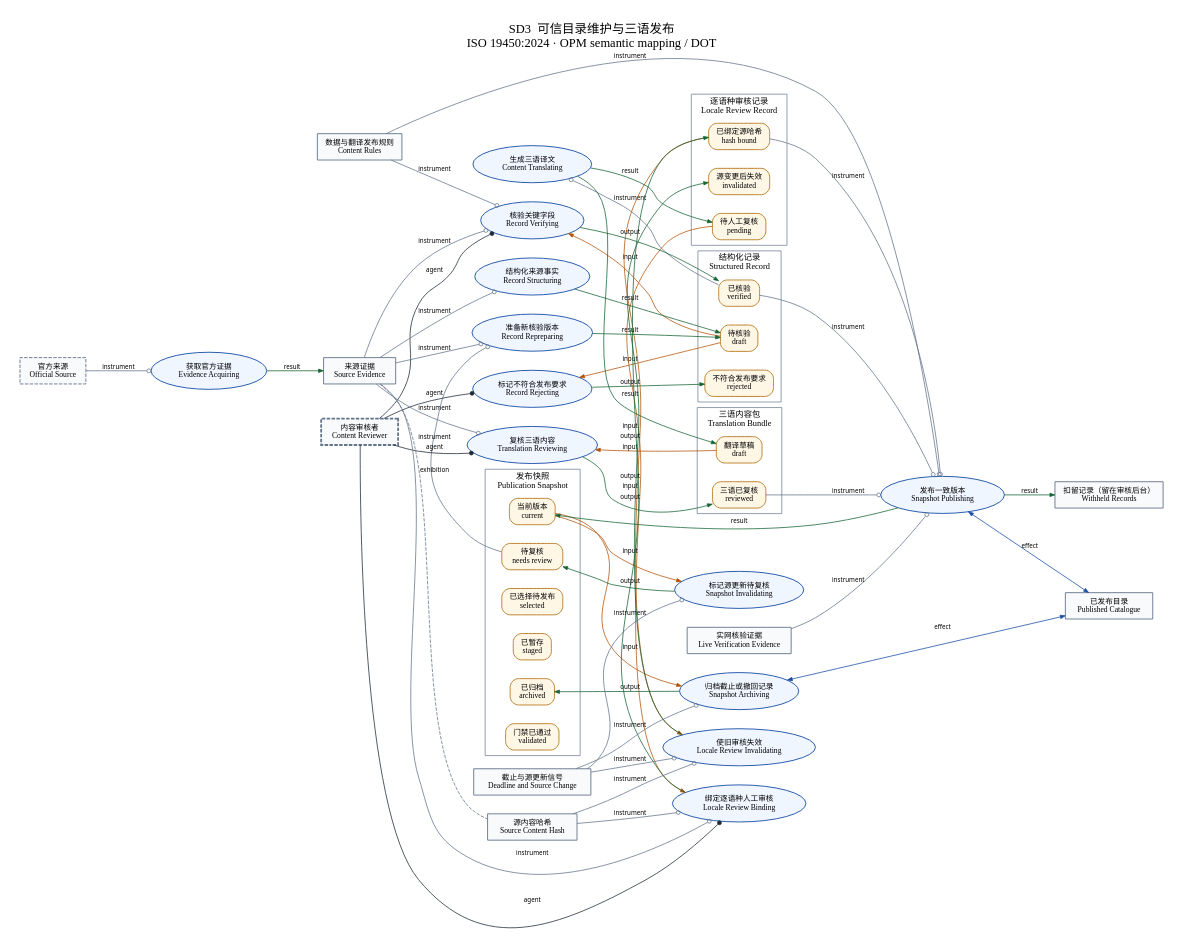
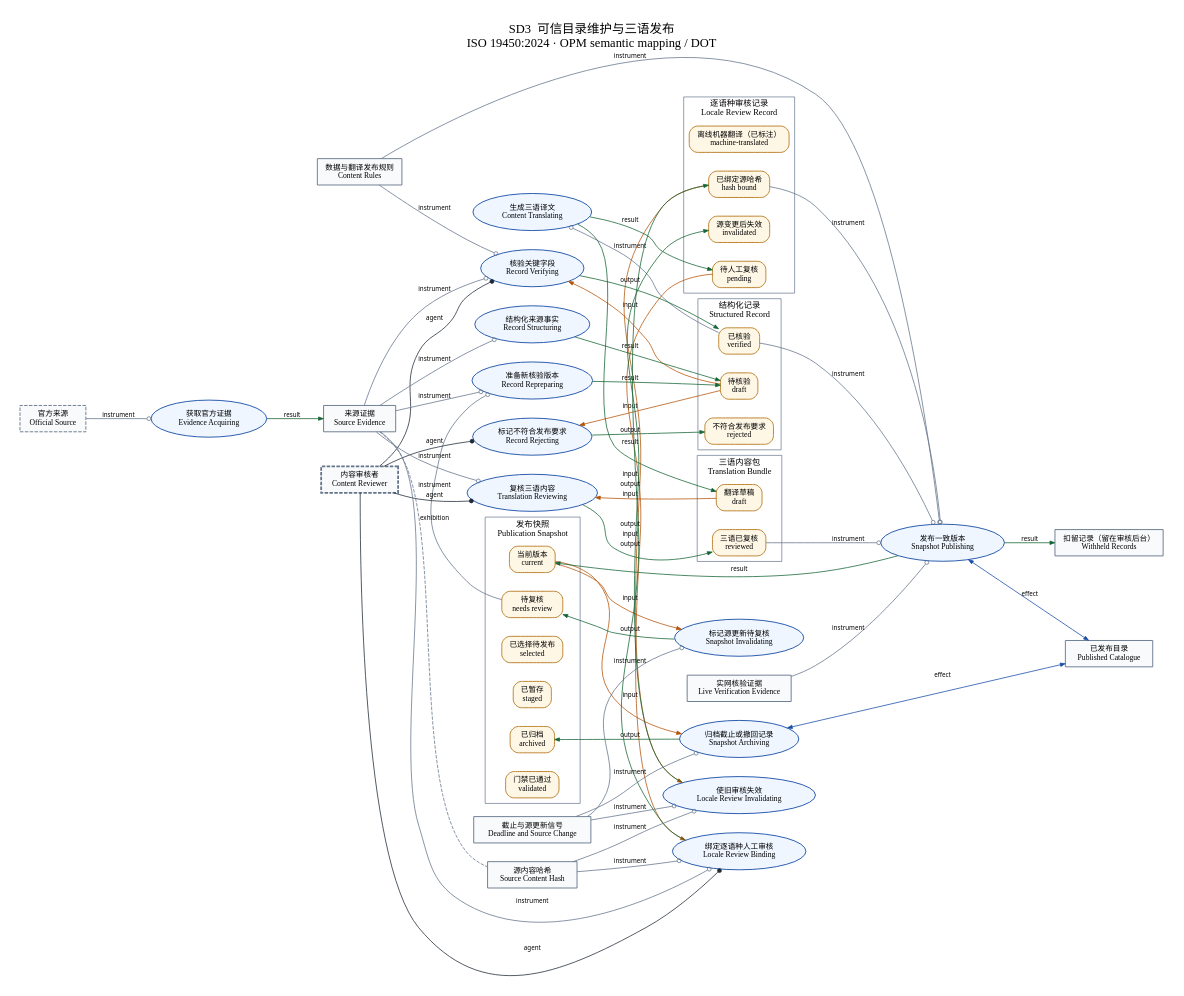
One commit to witold-andelie/Czech-Uni-Application changed the diagram in opm/SD3.dot. Above: the diagram before and after it, drawn with Graphviz. The commit also changed 28 other files, not shown here.

```diff
--- a/opm/SD3.dot
+++ b/opm/SD3.dot
@@ -1,100 +1,101 @@
 digraph SD3 {
 // Explicit OPM-to-DOT mapping; see README.md. Layout is not execution order.
   graph [rankdir="LR", compound="true", bgcolor="#FFFFFF", pad="0.3", nodesep="0.38", ranksep="0.65", splines="spline", fontname="Microsoft YaHei", fontsize="18", labelloc="t", label="SD3  可信目录维护与三语发布\nISO 19450:2024 · OPM semantic mapping / DOT"];
   node [fontname="Microsoft YaHei", fontsize="11", margin="0.14,0.10", penwidth="1.3"];
   edge [fontname="Segoe UI", fontsize="9", arrowsize="0.7", penwidth="1.1"];
   subgraph cluster_bundle {
     graph [label="三语内容包\nTranslation Bundle", color="#64748B", style="solid", fontsize="12", opm_kind="object", opm_id="bundle"];
     reviewed [label="三语已复核\nreviewed", shape="box", style="rounded,filled", fillcolor="#FFF7E6", color="#B7791F", opm_kind="state", opm_owner="bundle"];
     translated [label="翻译草稿\ndraft", shape="box", style="rounded,filled", fillcolor="#FFF7E6", color="#B7791F", opm_kind="state", opm_owner="bundle"];
   }
   subgraph cluster_facts {
     graph [label="结构化记录\nStructured Record", color="#64748B", style="solid", fontsize="12", opm_kind="object", opm_id="facts"];
     draft [label="待核验\ndraft", shape="box", style="rounded,filled", fillcolor="#FFF7E6", color="#B7791F", opm_kind="state", opm_owner="facts"];
     rejected [label="不符合发布要求\nrejected", shape="box", style="rounded,filled", fillcolor="#FFF7E6", color="#B7791F", opm_kind="state", opm_owner="facts"];
     verified [label="已核验\nverified", shape="box", style="rounded,filled", fillcolor="#FFF7E6", color="#B7791F", opm_kind="state", opm_owner="facts"];
   }
   subgraph cluster_localereview {
     graph [label="逐语种审核记录\nLocale Review Record", color="#64748B", style="solid", fontsize="12", opm_kind="object", opm_id="localereview"];
+    machinetranslated [label="离线机器翻译（已标注）\nmachine-translated", shape="box", style="rounded,filled", fillcolor="#FFF7E6", color="#B7791F", opm_kind="state", opm_owner="localereview"];
     reviewbound [label="已绑定源哈希\nhash bound", shape="box", style="rounded,filled", fillcolor="#FFF7E6", color="#B7791F", opm_kind="state", opm_owner="localereview"];
     reviewinvalid [label="源变更后失效\ninvalidated", shape="box", style="rounded,filled", fillcolor="#FFF7E6", color="#B7791F", opm_kind="state", opm_owner="localereview"];
     reviewpending [label="待人工复核\npending", shape="box", style="rounded,filled", fillcolor="#FFF7E6", color="#B7791F", opm_kind="state", opm_owner="localereview"];
   }
   subgraph cluster_snapshot {
     graph [label="发布快照\nPublication Snapshot", color="#64748B", style="solid", fontsize="12", opm_kind="object", opm_id="snapshot"];
     archived [label="已归档\narchived", shape="box", style="rounded,filled", fillcolor="#FFF7E6", color="#B7791F", opm_kind="state", opm_owner="snapshot"];
     live [label="当前版本\ncurrent", shape="box", style="rounded,filled", fillcolor="#FFF7E6", color="#B7791F", opm_kind="state", opm_owner="snapshot"];
     selectedsnapshot [label="已选择待发布\nselected", shape="box", style="rounded,filled", fillcolor="#FFF7E6", color="#B7791F", opm_kind="state", opm_owner="snapshot"];
     stagedsnapshot [label="已暂存\nstaged", shape="box", style="rounded,filled", fillcolor="#FFF7E6", color="#B7791F", opm_kind="state", opm_owner="snapshot"];
     stale [label="待复核\nneeds review", shape="box", style="rounded,filled", fillcolor="#FFF7E6", color="#B7791F", opm_kind="state", opm_owner="snapshot"];
     validatedsnapshot [label="门禁已通过\nvalidated", shape="box", style="rounded,filled", fillcolor="#FFF7E6", color="#B7791F", opm_kind="state", opm_owner="snapshot"];
   }
   acquire [label="获取官方证据\nEvidence Acquiring", shape="ellipse", style="filled", fillcolor="#EFF6FF", color="#174DA6", opm_kind="process"];
   archive [label="归档截止或撤回记录\nSnapshot Archiving", shape="ellipse", style="filled", fillcolor="#EFF6FF", color="#174DA6", opm_kind="process"];
   bindreview [label="绑定逐语种人工审核\nLocale Review Binding", shape="ellipse", style="filled", fillcolor="#EFF6FF", color="#174DA6", opm_kind="process"];
   catalog [label="已发布目录\nPublished Catalogue", shape="box", style="filled", fillcolor="#F8FAFC", color="#64748B", opm_kind="object"];
   contenthash [label="源内容哈希\nSource Content Hash", shape="box", style="filled", fillcolor="#F8FAFC", color="#64748B", opm_kind="object"];
   deadline [label="截止与源更新信号\nDeadline and Source Change", shape="box", style="filled", fillcolor="#F8FAFC", color="#64748B", opm_kind="object"];
   editor [label="内容审核者\nContent Reviewer", shape="box", style="dashed,filled", fillcolor="#F8FAFC", color="#64748B", opm_kind="object", penwidth="2.6"];
   evidence [label="来源证据\nSource Evidence", shape="box", style="filled", fillcolor="#F8FAFC", color="#64748B", opm_kind="object"];
   invalidate [label="标记源更新待复核\nSnapshot Invalidating", shape="ellipse", style="filled", fillcolor="#EFF6FF", color="#174DA6", opm_kind="process"];
   liveevidence [label="实网核验证据\nLive Verification Evidence", shape="box", style="filled", fillcolor="#F8FAFC", color="#64748B", opm_kind="object"];
   normalize [label="结构化来源事实\nRecord Structuring", shape="ellipse", style="filled", fillcolor="#EFF6FF", color="#174DA6", opm_kind="process"];
   publish [label="发布一致版本\nSnapshot Publishing", shape="ellipse", style="filled", fillcolor="#EFF6FF", color="#174DA6", opm_kind="process"];
   quality [label="数据与翻译发布规则\nContent Rules", shape="box", style="filled", fillcolor="#F8FAFC", color="#64748B", opm_kind="object"];
   reject [label="标记不符合发布要求\nRecord Rejecting", shape="ellipse", style="filled", fillcolor="#EFF6FF", color="#174DA6", opm_kind="process"];
   retry [label="准备新核验版本\nRecord Repreparing", shape="ellipse", style="filled", fillcolor="#EFF6FF", color="#174DA6", opm_kind="process"];
   review [label="复核三语内容\nTranslation Reviewing", shape="ellipse", style="filled", fillcolor="#EFF6FF", color="#174DA6", opm_kind="process"];
   reviewinvalidate [label="使旧审核失效\nLocale Review Invalidating", shape="ellipse", style="filled", fillcolor="#EFF6FF", color="#174DA6", opm_kind="process"];
   source [label="官方来源\nOfficial Source", shape="box", style="dashed,filled", fillcolor="#F8FAFC", color="#64748B", opm_kind="object"];
   translate [label="生成三语译文\nContent Translating", shape="ellipse", style="filled", fillcolor="#EFF6FF", color="#174DA6", opm_kind="process"];
   verify [label="核验关键字段\nRecord Verifying", shape="ellipse", style="filled", fillcolor="#EFF6FF", color="#174DA6", opm_kind="process"];
   withheldrecords [label="扣留记录（留在审核后台）\nWithheld Records", shape="box", style="filled", fillcolor="#F8FAFC", color="#64748B", opm_kind="object"];
   source -> acquire [arrowhead="odot", color="#64748B", label="instrument", opm_relation="instrument"];
   acquire -> evidence [arrowhead="normal", color="#166534", label="result", opm_relation="result"];
   evidence -> normalize [arrowhead="odot", color="#64748B", label="instrument", opm_relation="instrument"];
   normalize -> draft [arrowhead="normal", color="#166534", label="result", opm_relation="result"];
   draft -> verify [arrowhead="normal", color="#B45309", label="input", opm_relation="input"];
   verify -> verified [arrowhead="normal", color="#166534", label="output", opm_relation="output"];
   editor -> verify [arrowhead="dot", color="#1F2937", label="agent", opm_relation="agent"];
   evidence -> verify [arrowhead="odot", color="#64748B", label="instrument", opm_relation="instrument"];
   quality -> verify [arrowhead="odot", color="#64748B", label="instrument", opm_relation="instrument"];
   draft -> reject [arrowhead="normal", color="#B45309", label="input", opm_relation="input"];
   reject -> rejected [arrowhead="normal", color="#166534", label="output", opm_relation="output"];
   editor -> reject [arrowhead="dot", color="#1F2937", label="agent", opm_relation="agent"];
   verified -> translate [arrowhead="odot", color="#64748B", label="instrument", opm_relation="instrument"];
   translate -> translated [arrowhead="normal", color="#166534", label="result", opm_relation="result"];
   translate -> reviewpending [arrowhead="normal", color="#166534", label="result", opm_relation="result"];
   translated -> review [arrowhead="normal", color="#B45309", label="input", opm_relation="input"];
   review -> reviewed [arrowhead="normal", color="#166534", label="output", opm_relation="output"];
   editor -> review [arrowhead="dot", color="#1F2937", label="agent", opm_relation="agent"];
   evidence -> review [arrowhead="odot", color="#64748B", label="instrument", opm_relation="instrument"];
   evidence -> contenthash [dir="none", color="#64748B", style="dashed", label="exhibition", opm_relation="exhibition"];
   reviewpending -> bindreview [arrowhead="normal", color="#B45309", label="input", opm_relation="input"];
   bindreview -> reviewbound [arrowhead="normal", color="#166534", label="output", opm_relation="output"];
   editor -> bindreview [arrowhead="dot", color="#1F2937", label="agent", opm_relation="agent"];
   contenthash -> bindreview [arrowhead="odot", color="#64748B", label="instrument", opm_relation="instrument"];
   evidence -> bindreview [arrowhead="odot", color="#64748B", label="instrument", opm_relation="instrument"];
   reviewbound -> reviewinvalidate [arrowhead="normal", color="#B45309", label="input", opm_relation="input"];
   reviewinvalidate -> reviewinvalid [arrowhead="normal", color="#166534", label="output", opm_relation="output"];
   deadline -> reviewinvalidate [arrowhead="odot", color="#64748B", label="instrument", opm_relation="instrument"];
   contenthash -> reviewinvalidate [arrowhead="odot", color="#64748B", label="instrument", opm_relation="instrument"];
   verified -> publish [arrowhead="odot", color="#64748B", label="instrument", opm_relation="instrument"];
   reviewed -> publish [arrowhead="odot", color="#64748B", label="instrument", opm_relation="instrument"];
   reviewbound -> publish [arrowhead="odot", color="#64748B", label="instrument", opm_relation="instrument"];
   quality -> publish [arrowhead="odot", color="#64748B", label="instrument", opm_relation="instrument"];
   publish -> live [arrowhead="normal", color="#166534", label="result", opm_relation="result"];
   publish -> catalog [dir="both", arrowhead="normal", arrowtail="normal", color="#174DA6", label="effect", opm_relation="effect"];
   live -> invalidate [arrowhead="normal", color="#B45309", label="input", opm_relation="input"];
   invalidate -> stale [arrowhead="normal", color="#166534", label="output", opm_relation="output"];
   deadline -> invalidate [arrowhead="odot", color="#64748B", label="instrument", opm_relation="instrument"];
   live -> archive [arrowhead="normal", color="#B45309", label="input", opm_relation="input"];
   archive -> archived [arrowhead="normal", color="#166534", label="output", opm_relation="output"];
   deadline -> archive [arrowhead="odot", color="#64748B", label="instrument", opm_relation="instrument"];
   archive -> catalog [dir="both", arrowhead="normal", arrowtail="normal", color="#174DA6", label="effect", opm_relation="effect"];
   stale -> retry [arrowhead="odot", color="#64748B", label="instrument", opm_relation="instrument"];
   evidence -> retry [arrowhead="odot", color="#64748B", label="instrument", opm_relation="instrument"];
   retry -> draft [arrowhead="normal", color="#166534", label="result", opm_relation="result"];
   liveevidence -> publish [arrowhead="odot", color="#64748B", label="instrument", opm_relation="instrument"];
   publish -> withheldrecords [arrowhead="normal", color="#166534", label="result", opm_relation="result"];
 }
```
